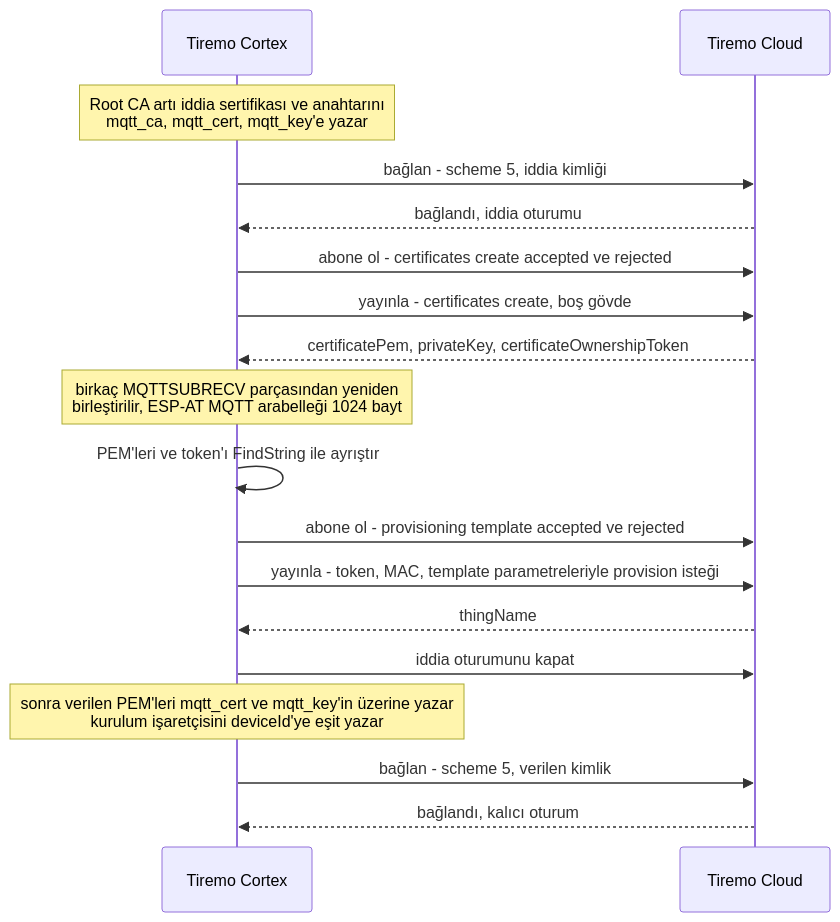
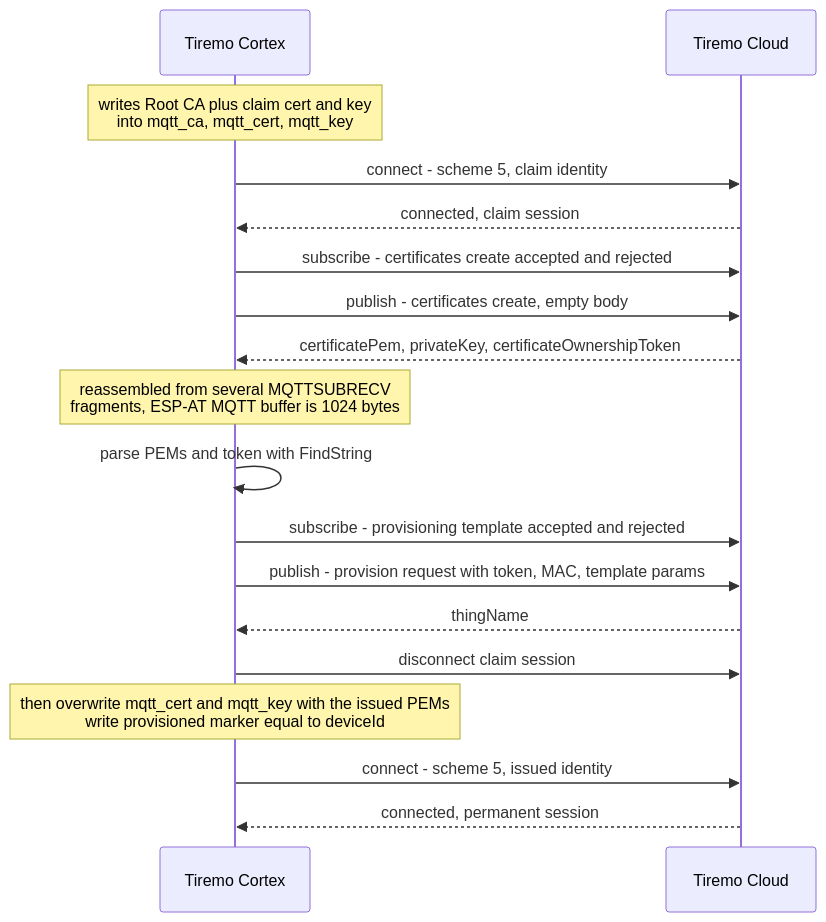
One commit to Empa-Electronics/Tiremo-Cortex-Tutorials changed the second of 2 diagrams in docs-tr/Tiremo_Cloud/Feature_Tutorials/03-Fleet_Provisioning_By_Claim/README.md. Above: the diagram before and after it, drawn with Mermaid. The commit also changed other lines of this file and 50 other files, not shown here.

````diff
--- a/docs-tr/Tiremo_Cloud/Feature_Tutorials/03-Fleet_Provisioning_By_Claim/README.md
+++ b/docs-tr/Tiremo_Cloud/Feature_Tutorials/03-Fleet_Provisioning_By_Claim/README.md
@@ -173,24 +180,24 @@
 ```mermaid
 sequenceDiagram
     participant Board as Tiremo Cortex
     participant Cloud as Tiremo Cloud
 
-    Note over Board: Root CA artı iddia sertifikası ve anahtarını<br/>mqtt_ca, mqtt_cert, mqtt_key'e yazar
-    Board->>Cloud: bağlan - scheme 5, iddia kimliği
-    Cloud-->>Board: bağlandı, iddia oturumu
+    Note over Board: writes Root CA plus claim cert and key<br/>into mqtt_ca, mqtt_cert, mqtt_key
+    Board->>Cloud: connect - scheme 5, claim identity
+    Cloud-->>Board: connected, claim session
 
-    Board->>Cloud: abone ol - certificates create accepted ve rejected
-    Board->>Cloud: yayınla - certificates create, boş gövde
+    Board->>Cloud: subscribe - certificates create accepted and rejected
+    Board->>Cloud: publish - certificates create, empty body
     Cloud-->>Board: certificatePem, privateKey, certificateOwnershipToken
-    Note over Board: birkaç MQTTSUBRECV parçasından yeniden<br/>birleştirilir, ESP-AT MQTT arabelleği 1024 bayt
-    Board->>Board: PEM'leri ve token'ı FindString ile ayrıştır
+    Note over Board: reassembled from several MQTTSUBRECV<br/>fragments, ESP-AT MQTT buffer is 1024 bytes
+    Board->>Board: parse PEMs and token with FindString
 
-    Board->>Cloud: abone ol - provisioning template accepted ve rejected
-    Board->>Cloud: yayınla - token, MAC, template parametreleriyle provision isteği
+    Board->>Cloud: subscribe - provisioning template accepted and rejected
+    Board->>Cloud: publish - provision request with token, MAC, template params
     Cloud-->>Board: thingName
 
-    Board->>Cloud: iddia oturumunu kapat
-    Note over Board: sonra verilen PEM'leri mqtt_cert ve mqtt_key'in üzerine yazar<br/>kurulum işaretçisini deviceId'ye eşit yazar
-    Board->>Cloud: bağlan - scheme 5, verilen kimlik
-    Cloud-->>Board: bağlandı, kalıcı oturum
+    Board->>Cloud: disconnect claim session
+    Note over Board: then overwrite mqtt_cert and mqtt_key with the issued PEMs<br/>write provisioned marker equal to deviceId
+    Board->>Cloud: connect - scheme 5, issued identity
+    Cloud-->>Board: connected, permanent session
 ```
````
